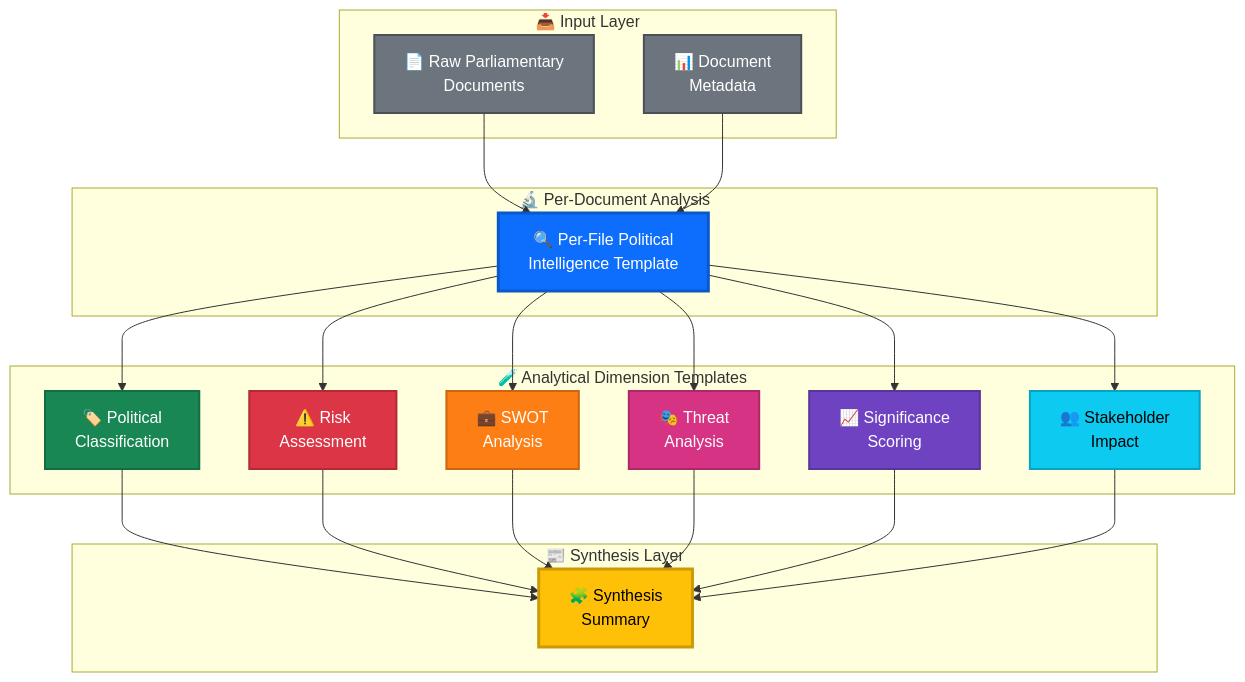
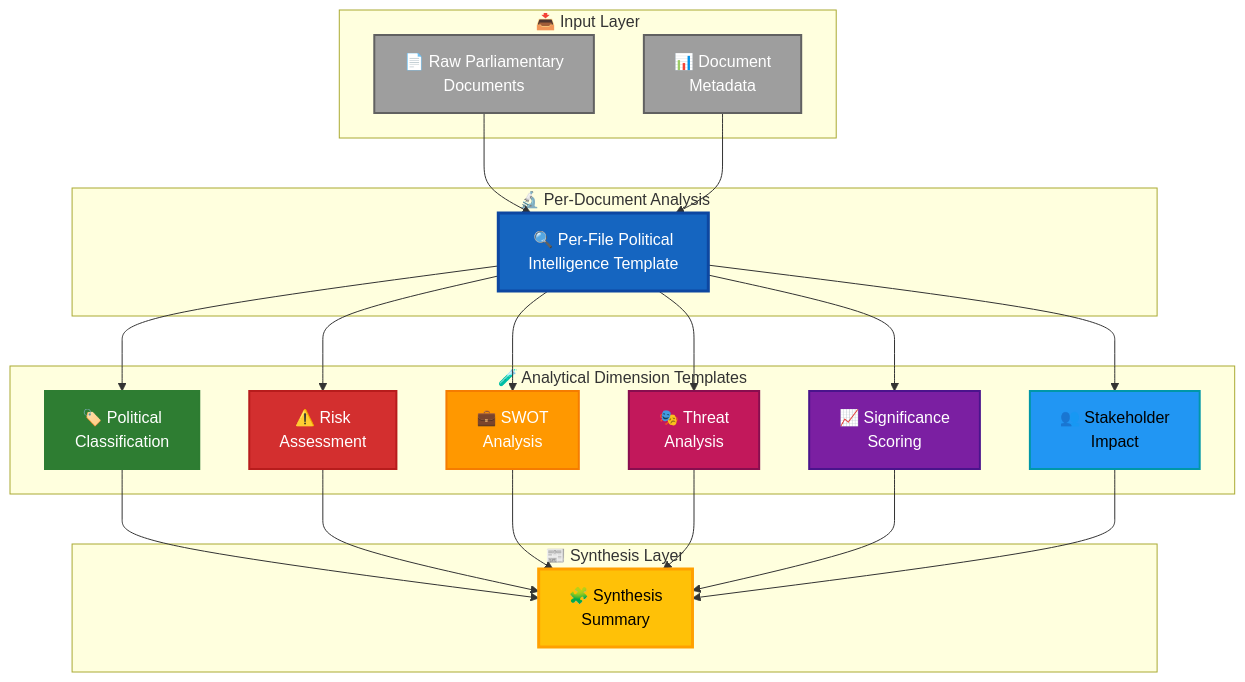
Before and after one commit to Hack23/riksdagsmonitor: the first of 9 diagrams in analysis/templates/README.md, drawn with Mermaid. The commit also changed other lines of this file and 14 other files, not shown here.

First line of the commit message:
Align analysis/ mermaid diagrams with ISMS Style Guide palette and convert SWOT to quadrantChart

````diff
--- a/analysis/templates/README.md
+++ b/analysis/templates/README.md
@@ -144,40 +144,40 @@
 ```mermaid
 graph TB
     subgraph "📥 Input Layer"
         RAW["📄 Raw Parliamentary<br/>Documents"]
         META["📊 Document<br/>Metadata"]
     end
 
     subgraph "🔬 Per-Document Analysis"
         T1["🔍 Per-File Political<br/>Intelligence Template"]
     end
 
     subgraph "🧪 Analytical Dimension Templates"
         T2["🏷️ Political<br/>Classification"]
         T3["⚠️ Risk<br/>Assessment"]
         T4["💼 SWOT<br/>Analysis"]
         T5["🎭 Threat<br/>Analysis"]
         T6["📈 Significance<br/>Scoring"]
         T7["👥 Stakeholder<br/>Impact"]
     end
 
     subgraph "📰 Synthesis Layer"
         T8["🧩 Synthesis<br/>Summary"]
     end
 
     RAW --> T1
     META --> T1
     T1 --> T2 & T3 & T4 & T5 & T6 & T7
     T2 & T3 & T4 & T5 & T6 & T7 --> T8
 
-    style RAW fill:#6c757d,color:#fff,stroke:#495057,stroke-width:2px
-    style META fill:#6c757d,color:#fff,stroke:#495057,stroke-width:2px
-    style T1 fill:#0d6efd,color:#fff,stroke:#0a58ca,stroke-width:3px
-    style T2 fill:#198754,color:#fff,stroke:#146c43,stroke-width:2px
-    style T3 fill:#dc3545,color:#fff,stroke:#b02a37,stroke-width:2px
-    style T4 fill:#fd7e14,color:#fff,stroke:#ca6510,stroke-width:2px
-    style T5 fill:#d63384,color:#fff,stroke:#ab296a,stroke-width:2px
-    style T6 fill:#6f42c1,color:#fff,stroke:#59359a,stroke-width:2px
-    style T7 fill:#0dcaf0,color:#000,stroke:#0aa2c0,stroke-width:2px
-    style T8 fill:#ffc107,color:#000,stroke:#cc9a06,stroke-width:3px
+    style RAW fill:#9E9E9E,color:#FFFFFF,stroke:#616161,stroke-width:2px
+    style META fill:#9E9E9E,color:#FFFFFF,stroke:#616161,stroke-width:2px
+    style T1 fill:#1565C0,color:#FFFFFF,stroke:#0D47A1,stroke-width:3px
+    style T2 fill:#2E7D32,color:#FFFFFF,stroke:#2E7D32,stroke-width:2px
+    style T3 fill:#D32F2F,color:#FFFFFF,stroke:#B71C1C,stroke-width:2px
+    style T4 fill:#FF9800,color:#FFFFFF,stroke:#F57C00,stroke-width:2px
+    style T5 fill:#C2185B,color:#FFFFFF,stroke:#880E4F,stroke-width:2px
+    style T6 fill:#7B1FA2,color:#FFFFFF,stroke:#4A148C,stroke-width:2px
+    style T7 fill:#2196F3,color:#000000,stroke:#0097A7,stroke-width:2px
+    style T8 fill:#FFC107,color:#000000,stroke:#FFA000,stroke-width:3px
 ```
````
